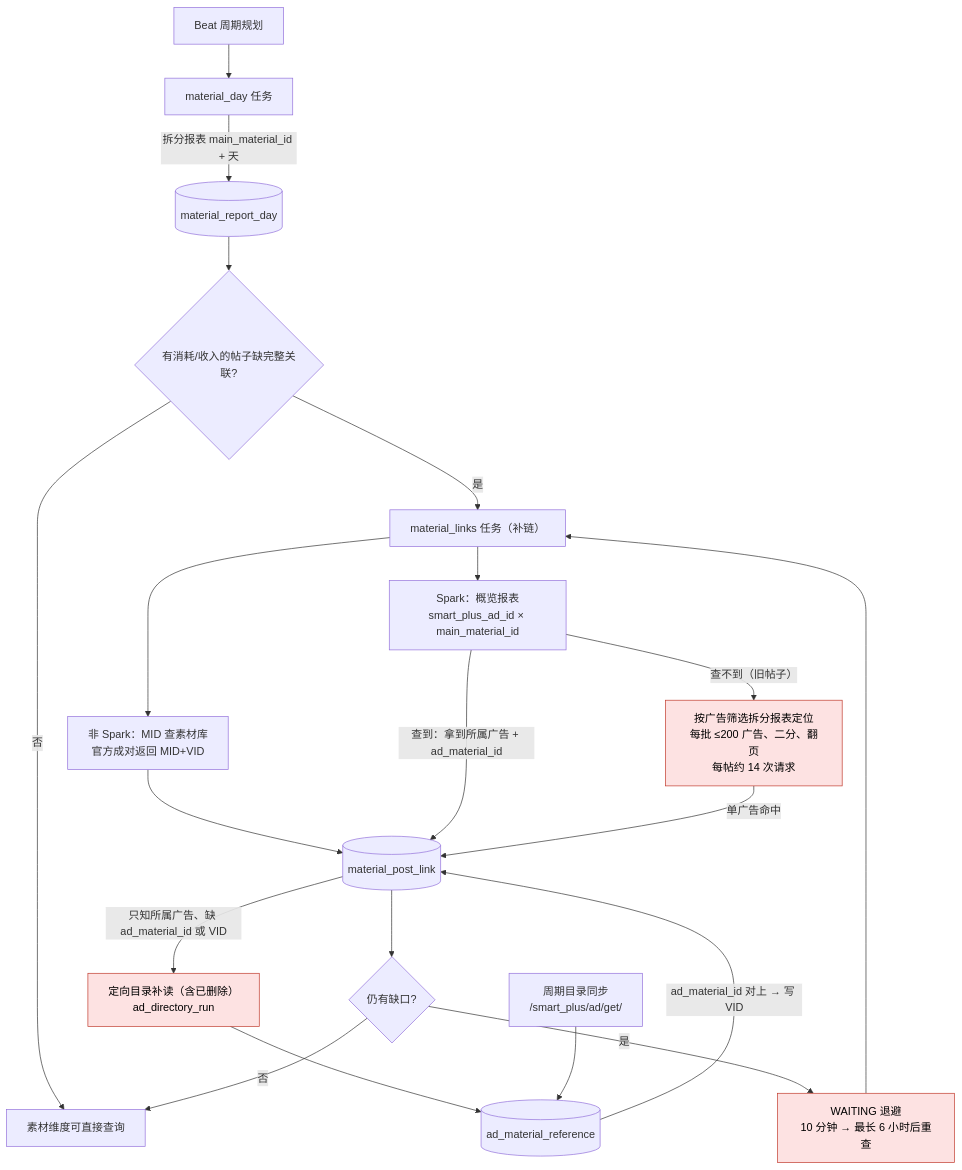
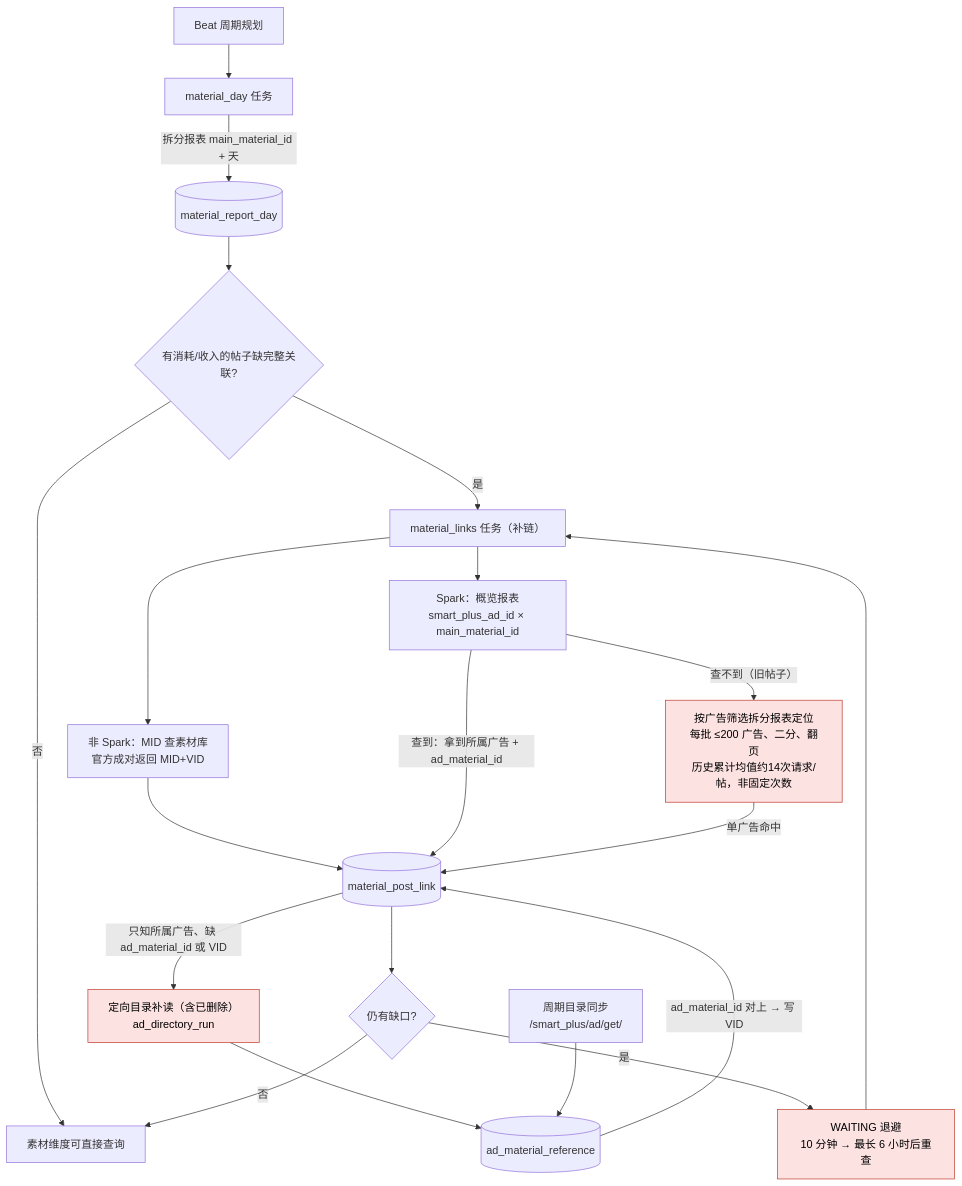
One commit to yaotingfeng/tiktok-ad-automation changed the fourth of 8 diagrams in docs/validation/2026-11-10-material-id-er.md. Above: the diagram before and after it, drawn with Mermaid. The commit also changed other lines of this file and 10 other files, not shown here.

Commit message:
docs: align material ER with approved creative rebuild

````diff
--- a/docs/validation/2026-11-10-material-id-er.md
+++ b/docs/validation/2026-11-10-material-id-er.md
@@ -136,30 +138,30 @@
 ```mermaid
 flowchart TD
     BEAT["Beat 周期规划"] --> MD["material_day 任务"]
     MD -->|"拆分报表 main_material_id + 天"| MRD[("material_report_day")]
     MRD --> NEED{"有消耗/收入的帖子缺完整关联?"}
     NEED -->|否| DONE["素材维度可直接查询"]
     NEED -->|是| ML["material_links 任务（补链）"]
 
     ML --> NS["非 Spark：MID 查素材库<br/>官方成对返回 MID+VID"]
     NS --> LINK[("material_post_link")]
 
     ML --> OV["Spark：概览报表<br/>smart_plus_ad_id × main_material_id"]
     OV -->|"查到：拿到所属广告 + ad_material_id"| LINK
-    OV -->|"查不到（旧帖子）"| LOC["按广告筛选拆分报表定位<br/>每批 ≤200 广告、二分、翻页<br/>每帖约 14 次请求"]
+    OV -->|"查不到（旧帖子）"| LOC["按广告筛选拆分报表定位<br/>每批 ≤200 广告、二分、翻页<br/>历史累计均值约14次请求/帖，非固定次数"]
     LOC -->|"单广告命中"| LINK
 
     LINK -->|"只知所属广告、缺 ad_material_id 或 VID"| DIR["定向目录补读（含已删除）<br/>ad_directory_run"]
     DIR --> AMR[("ad_material_reference")]
     AMR -->|"ad_material_id 对上 → 写 VID"| LINK
 
     LINK --> CHK{"仍有缺口?"}
     CHK -->|否| DONE
     CHK -->|是| WAIT["WAITING 退避<br/>10 分钟 → 最长 6 小时后重查"]
     WAIT --> ML
 
     DSYNC["周期目录同步<br/>/smart_plus/ad/get/"] --> AMR
 
     classDef cost fill:#fde2e2,stroke:#c0392b,color:#000
     class LOC,DIR,WAIT cost
 ```
````
